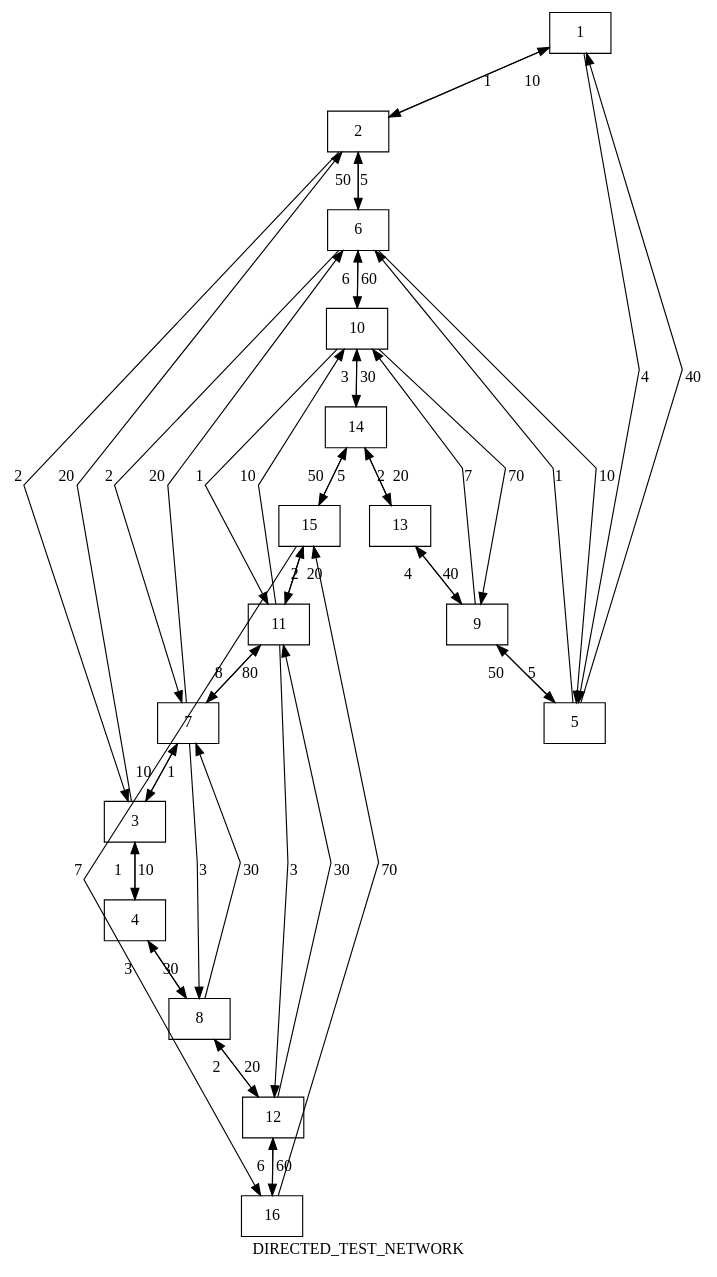
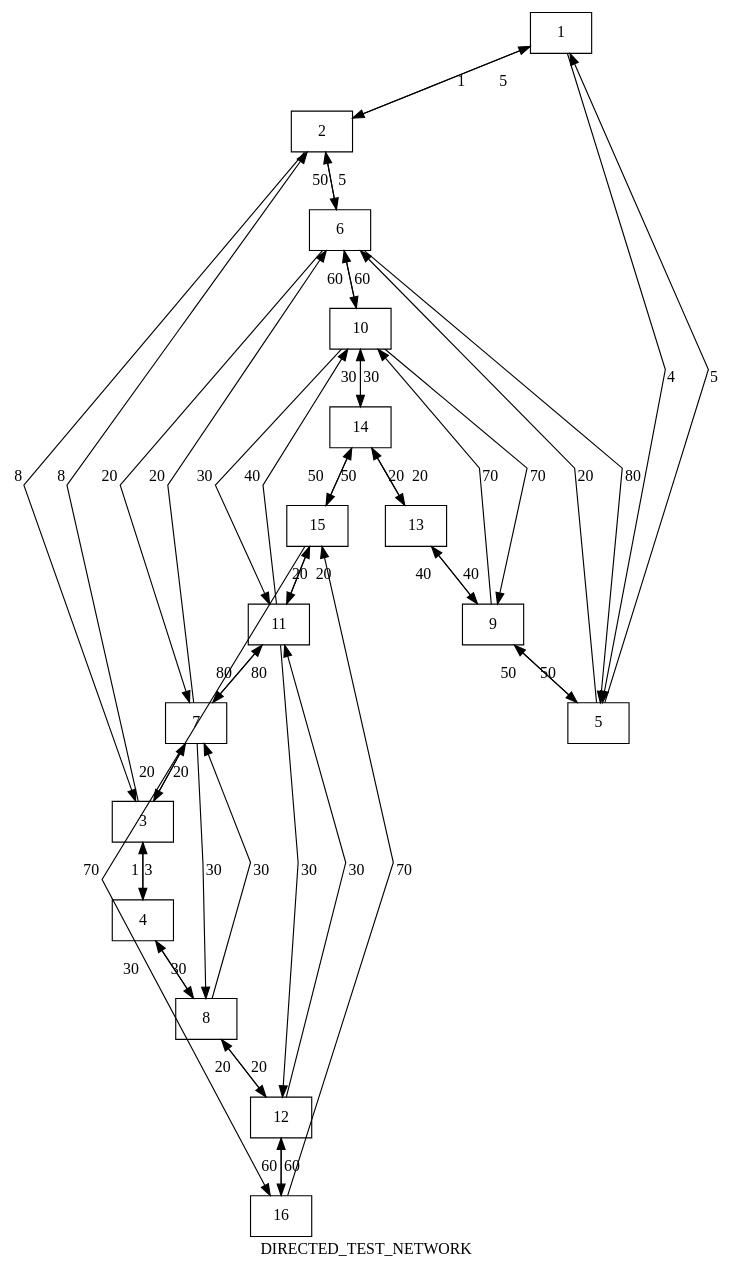
Before and after one commit to bschutze/ALTO-framework-sim: the diagram in directed_dot_graph.dot, drawn with Graphviz. The commit also changed 2 other files, not shown here.

```diff
--- a/directed_dot_graph.dot
+++ b/directed_dot_graph.dot
@@ -1,63 +1,63 @@
 digraph Test {
 
 	/*compound=true*/
 	node [shape=box];
 	edge [len=2];
 	/*Instantiation of nodes, required to successfully calling .get_node_list() 		(pydot) */
 	1[]; 2[]; 3[]; 4[]; 5[]; 6[]; 7[]; 8[];	9[]; 10[]; 11[]; 12[]; 13[]; 14[];
 	15[]; 16[];
 	overlap = scale;
 	splines = false;
 	label = DIRECTED_TEST_NETWORK;
 	//orientation = portrait;
 
 	1 -> 2	[label=1,throughput=16,latency=4,delay=3,bandwidth = 10];
-	2 -> 1	[label=10,throughput=16,latency=4,delay=3,bandwidth = 10];
+	2 -> 1	[label=5,throughput=16,latency=4,delay=3,bandwidth = 10];
 	1 -> 5	[label=4,throughput=12,latency=3,delay=2,bandwidth = 20];
-	5 -> 1	[label=40,throughput=12,latency=3,delay=2,bandwidth = 20];
-	2 -> 3	[label=2,throughput=10,latency=2,delay=4,bandwidth = 20];
-	3 -> 2	[label=20,throughput=10,latency=2,delay=4,bandwidth = 20];
+	5 -> 1	[label=5,throughput=12,latency=3,delay=2,bandwidth = 20];
+	2 -> 3	[label=8,throughput=10,latency=2,delay=4,bandwidth = 20];
+	3 -> 2	[label=8,throughput=10,latency=2,delay=4,bandwidth = 20];
 	2 -> 6	[label=5,throughput=9,latency=5,delay=1,bandwidth = 20];
 	6 -> 2	[label=50,throughput=9,latency=5,delay=1,bandwidth = 20];
 	3 -> 4	[label=1,throughput=11,latency=6,delay=2,bandwidth = 20];
-	4 -> 3	[label=10,throughput=11,latency=6,delay=2,bandwidth = 20];
-	3 -> 7	[label=1,throughput=14,latency=8,delay=3,bandwidth = 20];
-	7 -> 3	[label=10,throughput=14,latency=8,delay=3,bandwidth = 20];
-	4 -> 8	[label=3,throughput=16,latency=9,delay=2,bandwidth = 20];
+	4 -> 3	[label=3,throughput=11,latency=6,delay=2,bandwidth = 20];
+	3 -> 7	[label=20,throughput=14,latency=8,delay=3,bandwidth = 20];
+	7 -> 3	[label=20,throughput=14,latency=8,delay=3,bandwidth = 20];
+	4 -> 8	[label=30,throughput=16,latency=9,delay=2,bandwidth = 20];
 	8 -> 4	[label=30,throughput=16,latency=9,delay=2,bandwidth = 20];
-	5 -> 6	[label=1,throughput=17,latency=3,delay=1,bandwidth = 20];
-	6 -> 5	[label=10,throughput=17,latency=3,delay=1,bandwidth = 20];
-	5 -> 9	[label=5,throughput=20,latency=10,delay=5,bandwidth = 10];
+	5 -> 6	[label=20,throughput=17,latency=3,delay=1,bandwidth = 20];
+	6 -> 5	[label=80,throughput=17,latency=3,delay=1,bandwidth = 20];
+	5 -> 9	[label=50,throughput=20,latency=10,delay=5,bandwidth = 10];
 	9 -> 5	[label=50,throughput=20,latency=10,delay=5,bandwidth = 10];
-	6 -> 7	[label=2,throughput=30,latency=3,delay=4,bandwidth = 20];
+	6 -> 7	[label=20,throughput=30,latency=3,delay=4,bandwidth = 20];
 	7 -> 6	[label=20,throughput=30,latency=3,delay=4,bandwidth = 20];
-	6 -> 10	[label=6,throughput=15,latency=1,delay=2,bandwidth = 20];
+	6 -> 10	[label=60,throughput=15,latency=1,delay=2,bandwidth = 20];
 	10 -> 6	[label=60,throughput=15,latency=1,delay=2,bandwidth = 20];
-	7 -> 8	[label=3,throughput=15,latency=2,delay=3,bandwidth = 20];
+	7 -> 8	[label=30,throughput=15,latency=2,delay=3,bandwidth = 20];
 	8 -> 7	[label=30,throughput=15,latency=2,delay=3,bandwidth = 20];
-	7 -> 11	[label=8,throughput=18,latency=4,delay=1,bandwidth = 20];
+	7 -> 11	[label=80,throughput=18,latency=4,delay=1,bandwidth = 20];
 	11 -> 7	[label=80,throughput=18,latency=4,delay=1,bandwidth = 20];
-	8 -> 12	[label=2,throughput=19,latency=5,delay=4,bandwidth = 10];
+	8 -> 12	[label=20,throughput=19,latency=5,delay=4,bandwidth = 10];
 	12 -> 8	[label=20,throughput=19,latency=5,delay=4,bandwidth = 10];
-	9 -> 10	[label=7,throughput=17,latency=8,delay=1,bandwidth = 20];
+	9 -> 10	[label=70,throughput=17,latency=8,delay=1,bandwidth = 20];
 	10 -> 9	[label=70,throughput=17,latency=8,delay=1,bandwidth = 20];
-	9 -> 13	[label=4,throughput=22,latency=8,delay=2,bandwidth = 10];
+	9 -> 13	[label=40,throughput=22,latency=8,delay=2,bandwidth = 10];
 	13 -> 9	[label=40,throughput=22,latency=8,delay=2,bandwidth = 10];
-	10 -> 11[label=1,throughput=23,latency=9,delay=2,bandwidth = 20];
-	11 -> 10[label=10,throughput=23,latency=9,delay=2,bandwidth = 20];
-	10 -> 14[label=3,throughput=31,latency=3,delay=3,bandwidth = 20];
+	10 -> 11[label=30,throughput=23,latency=9,delay=2,bandwidth = 20];
+	11 -> 10[label=40,throughput=23,latency=9,delay=2,bandwidth = 20];
+	10 -> 14[label=30,throughput=31,latency=3,delay=3,bandwidth = 20];
 	14 -> 10[label=30,throughput=31,latency=3,delay=3,bandwidth = 20];
-	11 -> 12[label=3,throughput=36,latency=2,delay=5,bandwidth = 20];
+	11 -> 12[label=30,throughput=36,latency=2,delay=5,bandwidth = 20];
 	12 -> 11[label=30,throughput=36,latency=2,delay=5,bandwidth = 20];
-	11 -> 15[label=2,throughput=22,latency=5,delay=1,bandwidth = 10];
+	11 -> 15[label=20,throughput=22,latency=5,delay=1,bandwidth = 10];
 	15 -> 11[label=20,throughput=22,latency=5,delay=1,bandwidth = 10];
-	12 -> 16[label=6,throughput=12,latency=9,delay=4,bandwidth = 20];
+	12 -> 16[label=60,throughput=12,latency=9,delay=4,bandwidth = 20];
 	16 -> 12[label=60,throughput=12,latency=9,delay=4,bandwidth = 20];
-	13 -> 14[label=2,throughput=27,latency=10,delay=2,bandwidth = 20];
+	13 -> 14[label=20,throughput=27,latency=10,delay=2,bandwidth = 20];
 	14 -> 13[label=20,throughput=27,latency=10,delay=2,bandwidth = 20];
-	14 -> 15[label=5,throughput=26,latency=1,delay=1,bandwidth = 20];
+	14 -> 15[label=50,throughput=26,latency=1,delay=1,bandwidth = 20];
 	15 -> 14[label=50,throughput=26,latency=1,delay=1,bandwidth = 20];
-	15 -> 16[label=7,throughput=14,latency=1,delay=3,bandwidth = 20];
+	15 -> 16[label=70,throughput=14,latency=1,delay=3,bandwidth = 20];
 	16 -> 15[label=70,throughput=14,latency=1,delay=3,bandwidth = 20];
 
 }
```
